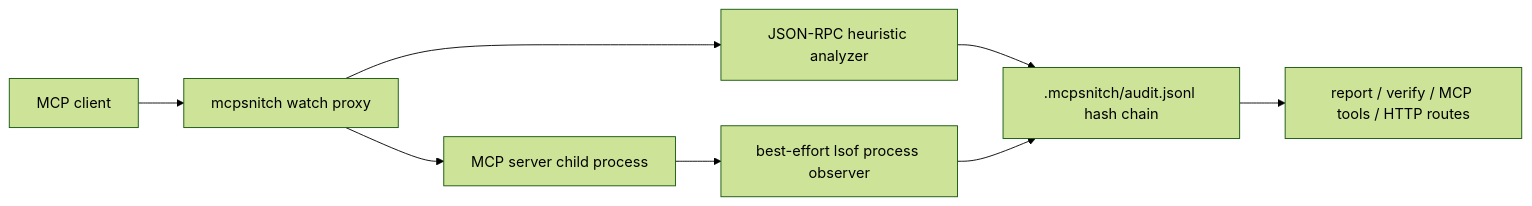
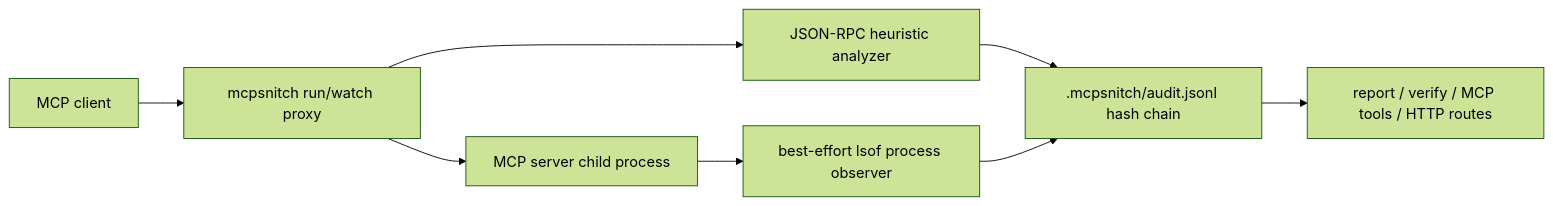
The diagram in README.md (rudycelekli/mcpsnitch), drawn with Mermaid (forest theme) before and after one commit. The commit also changed other lines of this file and 37 other files, not shown here.

````diff
--- a/README.md
+++ b/README.md
@@ -55,10 +56,10 @@
 ```mermaid
 flowchart LR
-  A["MCP client"] --> B["mcpsnitch watch proxy"]
+  A["MCP client"] --> B["mcpsnitch run/watch proxy"]
   B --> C["MCP server child process"]
   B --> D["JSON-RPC heuristic analyzer"]
   C --> G["best-effort lsof process observer"]
   D --> E[".mcpsnitch/audit.jsonl hash chain"]
   G --> E
   E --> F["report / verify / MCP tools / HTTP routes"]
 ```
````
